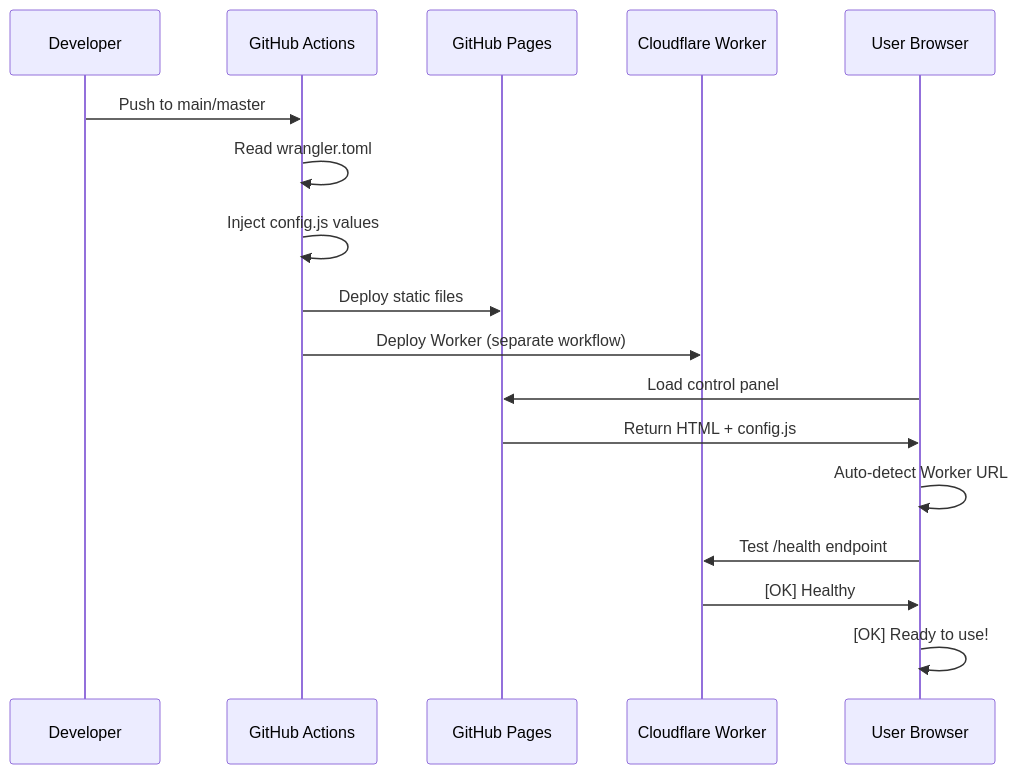
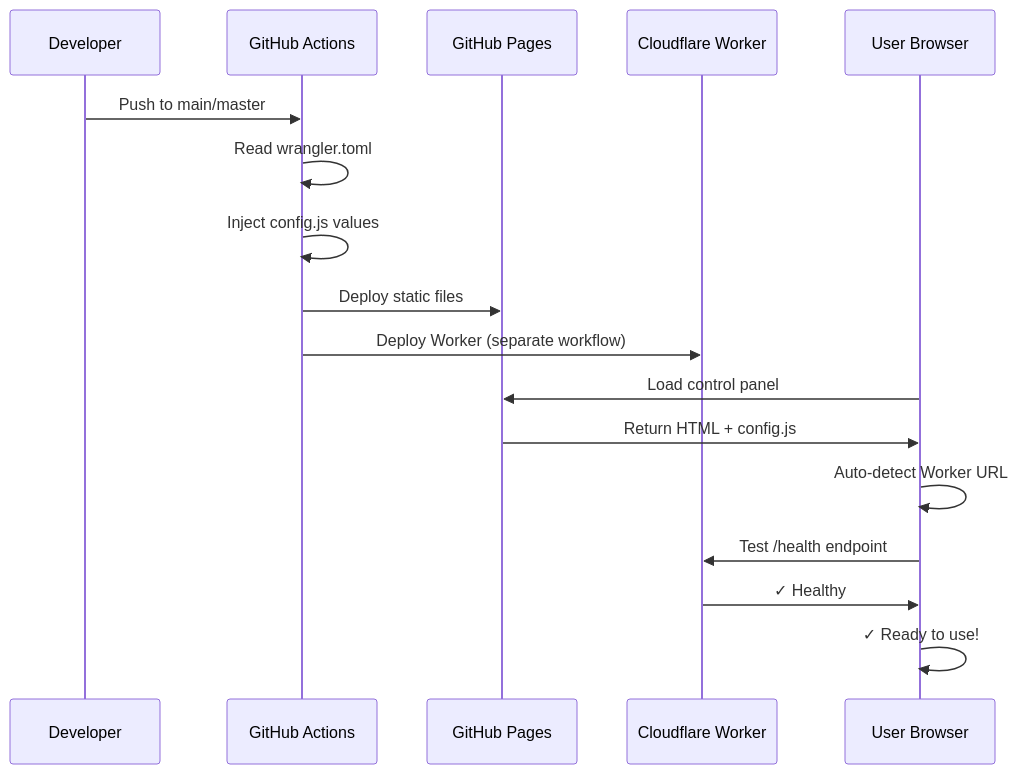
The first of 2 diagrams in docs/guides/auto-configuration.md (Underwood-Inc/strixun-stream-suite), drawn with Mermaid before and after one commit. The commit also changed other lines of this file and 609 other files, not shown here.

````diff
--- a/docs/guides/auto-configuration.md
+++ b/docs/guides/auto-configuration.md
@@ -51,21 +51,21 @@
 ```mermaid
 sequenceDiagram
     participant Dev as Developer
     participant GH as GitHub Actions
     participant Pages as GitHub Pages
     participant CF as Cloudflare Worker
     participant User as User Browser
 
     Dev->>GH: Push to main/master
     GH->>GH: Read wrangler.toml
     GH->>GH: Inject config.js values
     GH->>Pages: Deploy static files
     GH->>CF: Deploy Worker (separate workflow)
     
     User->>Pages: Load control panel
     Pages->>User: Return HTML + config.js
     User->>User: Auto-detect Worker URL
     User->>CF: Test /health endpoint
-    CF->>User: [OK] Healthy
-    User->>User: [OK] Ready to use!
+    CF->>User: ✓ Healthy
+    User->>User: ✓ Ready to use!
 ```
````
